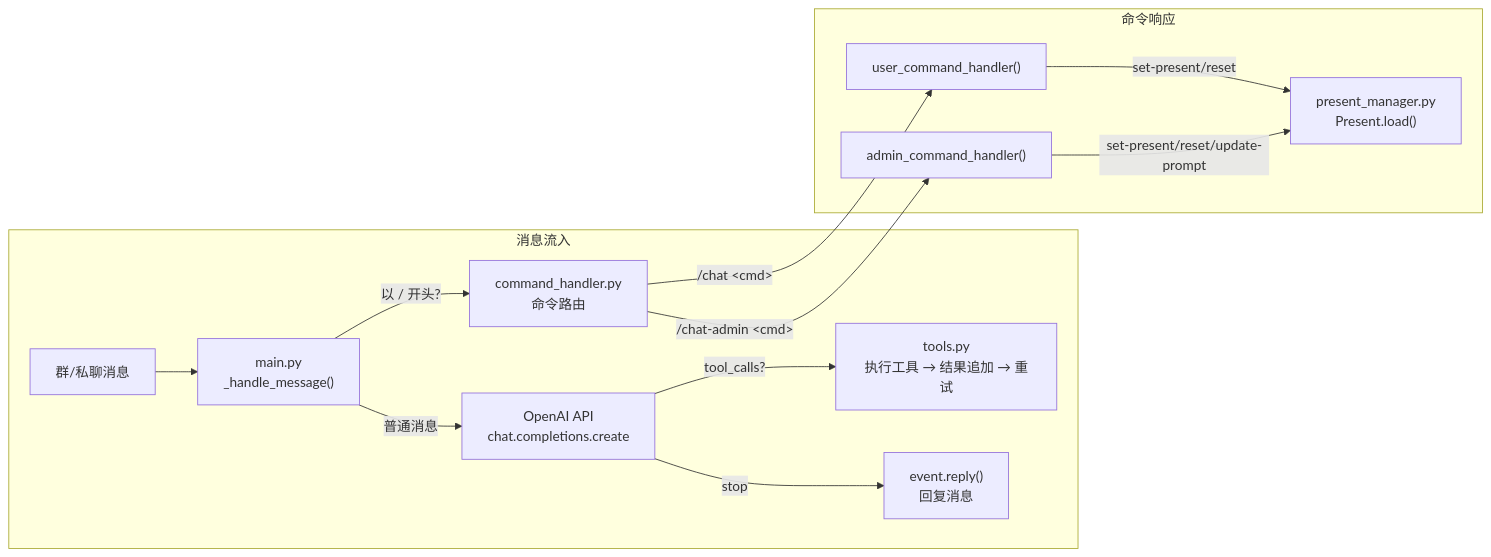
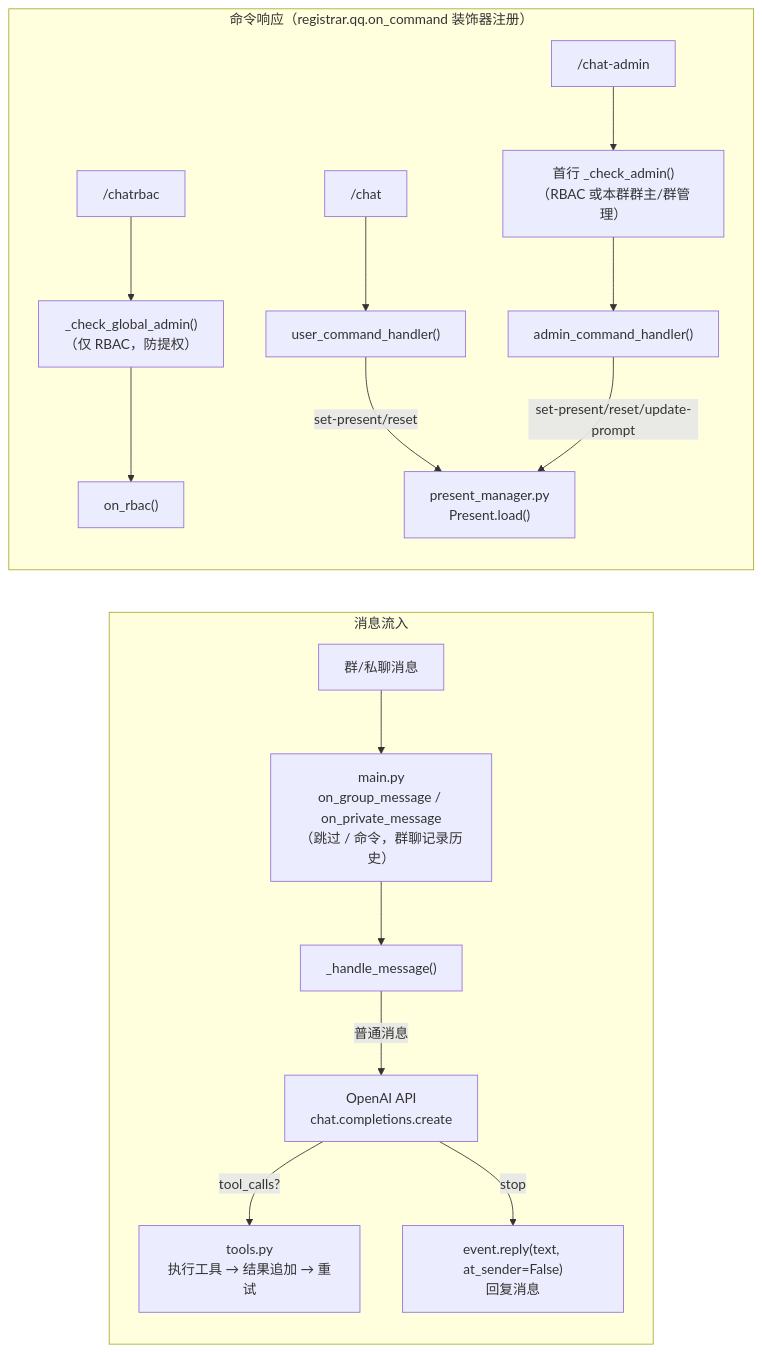
The second of 3 diagrams in AGENTS.md (Yang-qwq/openai_chat_plugin), drawn with Mermaid before and after one commit. The commit also changed other lines of this file and 13 other files, not shown here.

````diff
--- a/AGENTS.md
+++ b/AGENTS.md
@@ -46,17 +49,18 @@
 ```mermaid
 flowchart LR
     subgraph In["消息流入"]
-        MQ[群/私聊消息]-->Handle["main.py<br/>_handle_message()"]
-        Handle-->|"以 / 开头?"|Cmd["command_handler.py<br/>命令路由"]
+        MQ[群/私聊消息]-->Entry["main.py<br/>on_group_message / on_private_message<br/>（跳过 / 命令，群聊记录历史）"]
+        Entry-->Handle["_handle_message()"]
         Handle-->|"普通消息"|AI["OpenAI API<br/>chat.completions.create"]
         AI-->|"tool_calls?"|Tools["tools.py<br/>执行工具 → 结果追加 → 重试"]
-        AI-->|"stop"|Reply["event.reply()<br/>回复消息"]
+        AI-->|"stop"|Reply["event.reply(text, at_sender=False)<br/>回复消息"]
     end
 
-    subgraph CmdFlow["命令响应"]
-        Cmd-->|"/chat &lt;cmd&gt;"|UserCmd["user_command_handler()"]
-        Cmd-->|"/chat-admin &lt;cmd&gt;"|AdminCmd["admin_command_handler()"]
+    subgraph CmdFlow["命令响应（registrar.qq.on_command 装饰器注册）"]
+        Cmd1["/chat"]-->UserCmd["user_command_handler()"]
+        Cmd2["/chat-admin"]-->PermCheck["首行 _check_admin()<br/>（RBAC 或本群群主/群管理）"]-->AdminCmd["admin_command_handler()"]
+        Cmd3["/chatrbac"]-->StrictCheck["_check_global_admin()<br/>（仅 RBAC，防提权）"]-->RbacCmd["on_rbac()"]
         UserCmd-->|"set-present/reset"|PM["present_manager.py<br/>Present.load()"]
         AdminCmd-->|"set-present/reset/update-prompt"|PM
     end
 ```
````
